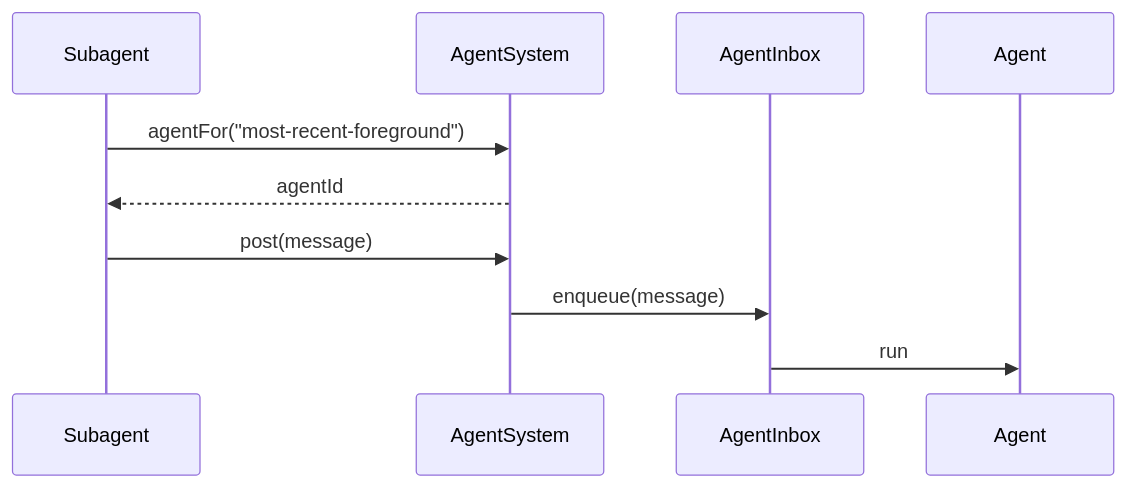
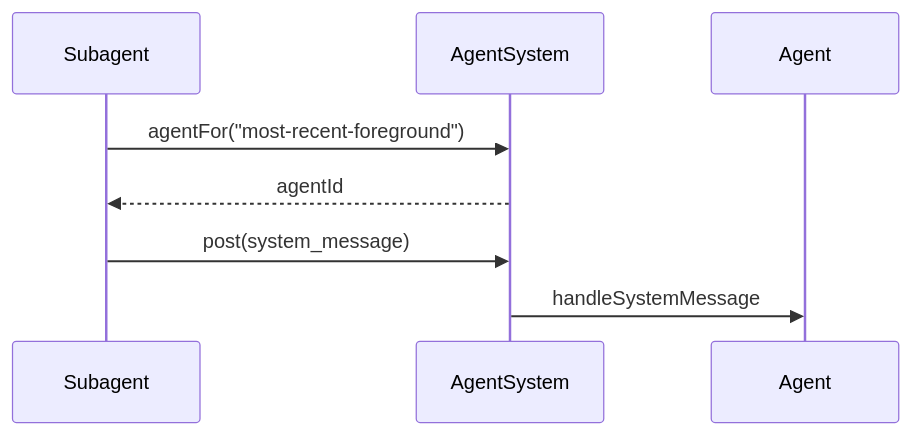
One commit to ex3ndr-bot/daycare changed the fourth of 12 diagrams in docs/agents.md. Above: the diagram before and after it, drawn with Mermaid. The commit also changed other lines of this file and 11 other files, not shown here.

````diff
--- a/docs/agents.md
+++ b/docs/agents.md
@@ -43,12 +45,10 @@
 ```mermaid
 sequenceDiagram
   participant Subagent
   participant AgentSystem
-  participant AgentInbox
   participant Agent
   Subagent->>AgentSystem: agentFor("most-recent-foreground")
   AgentSystem-->>Subagent: agentId
-  Subagent->>AgentSystem: post(message)
-  AgentSystem->>AgentInbox: enqueue(message)
-  AgentInbox->>Agent: run
+  Subagent->>AgentSystem: post(system_message)
+  AgentSystem->>Agent: handleSystemMessage
 ```
````
